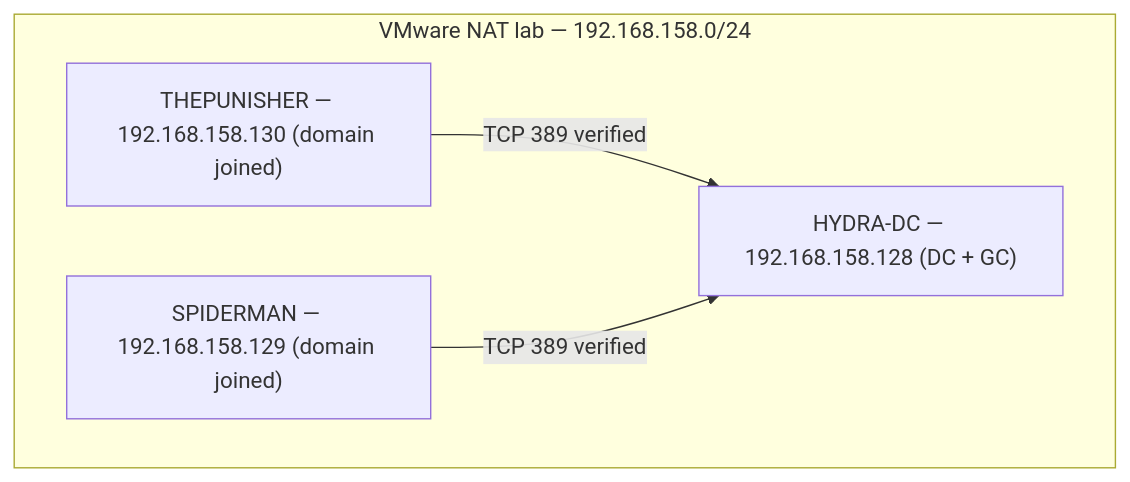
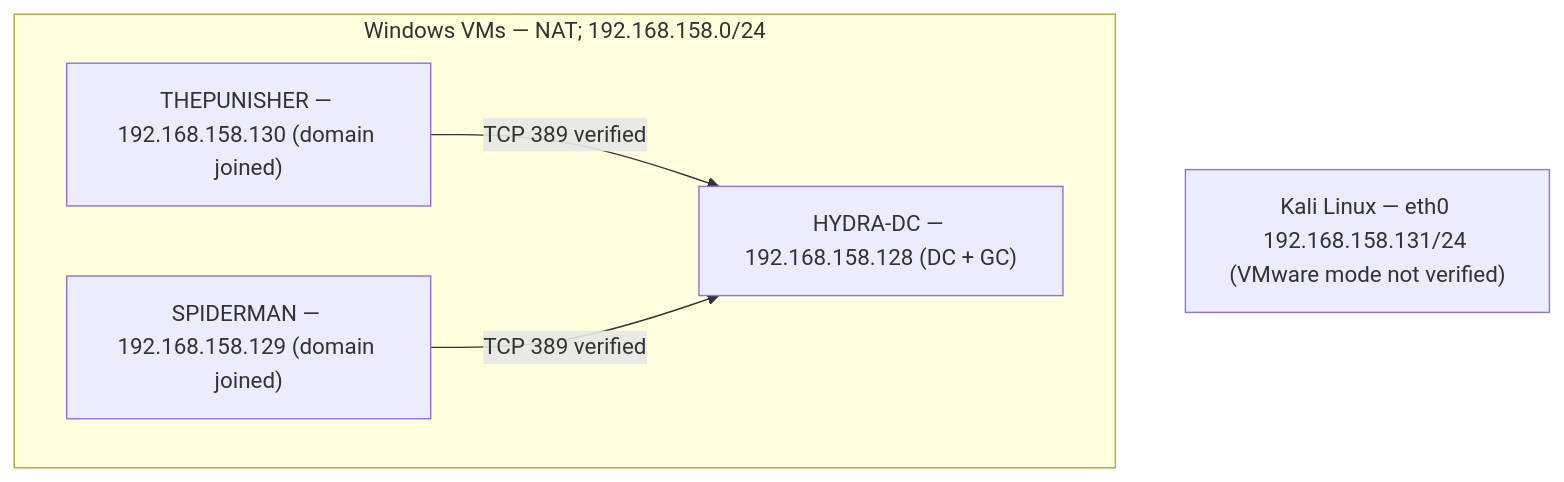
The diagram in docs/02-network-architecture.md (ObitoX86/PEH-active-directory-lab), drawn with Mermaid before and after one commit. The commit also changed other lines of this file, not shown here.

Commit message:
Record Kali Linux tester IP baseline and lab containment TODO in docs/02-network-architecture.md

````diff
--- a/docs/02-network-architecture.md
+++ b/docs/02-network-architecture.md
@@ -359,10 +380,11 @@
 ```mermaid
 flowchart TB
-    subgraph LAB["VMware NAT lab — 192.168.158.0/24"]
+    subgraph LAB["Windows VMs — NAT; 192.168.158.0/24"]
         DC["HYDRA-DC — 192.168.158.128 (DC + GC)"]
         P["THEPUNISHER — 192.168.158.130 (domain joined)"]
         S["SPIDERMAN — 192.168.158.129 (domain joined)"]
         P -->|"TCP 389 verified"| DC
         S -->|"TCP 389 verified"| DC
     end
+    K["Kali Linux — eth0 192.168.158.131/24 (VMware mode not verified)"]
 ```
````
